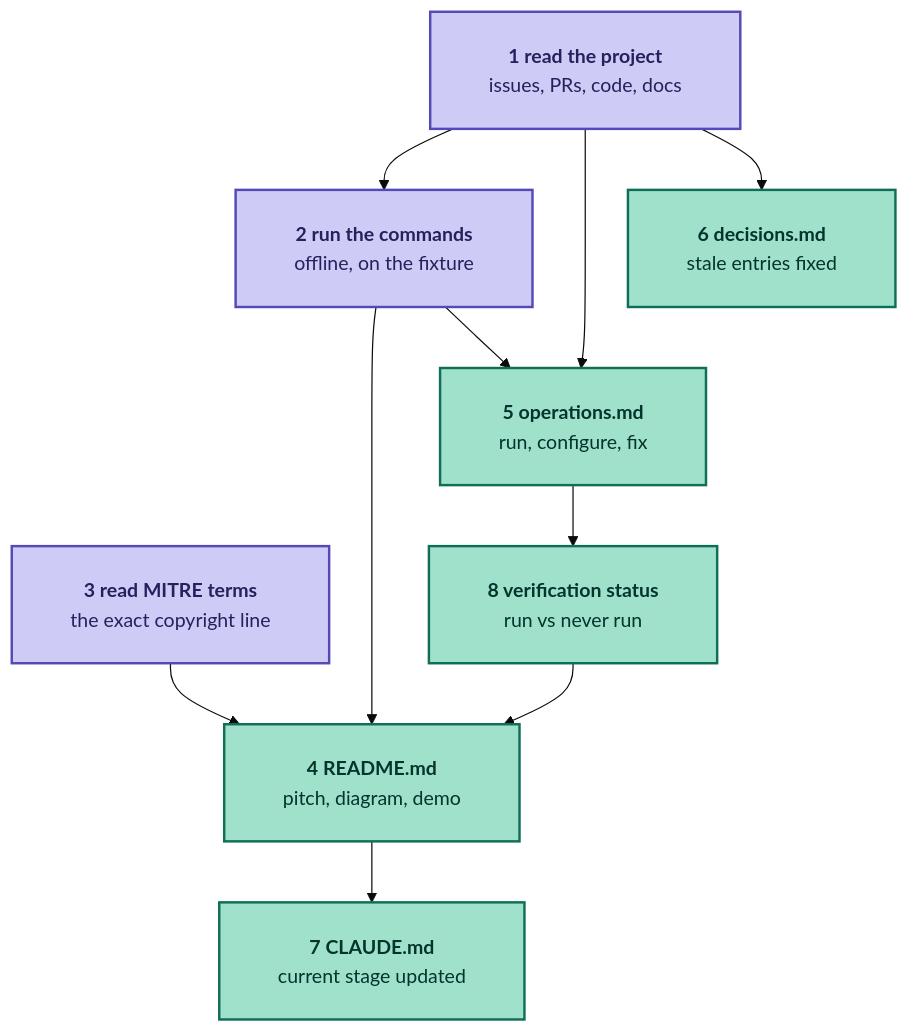
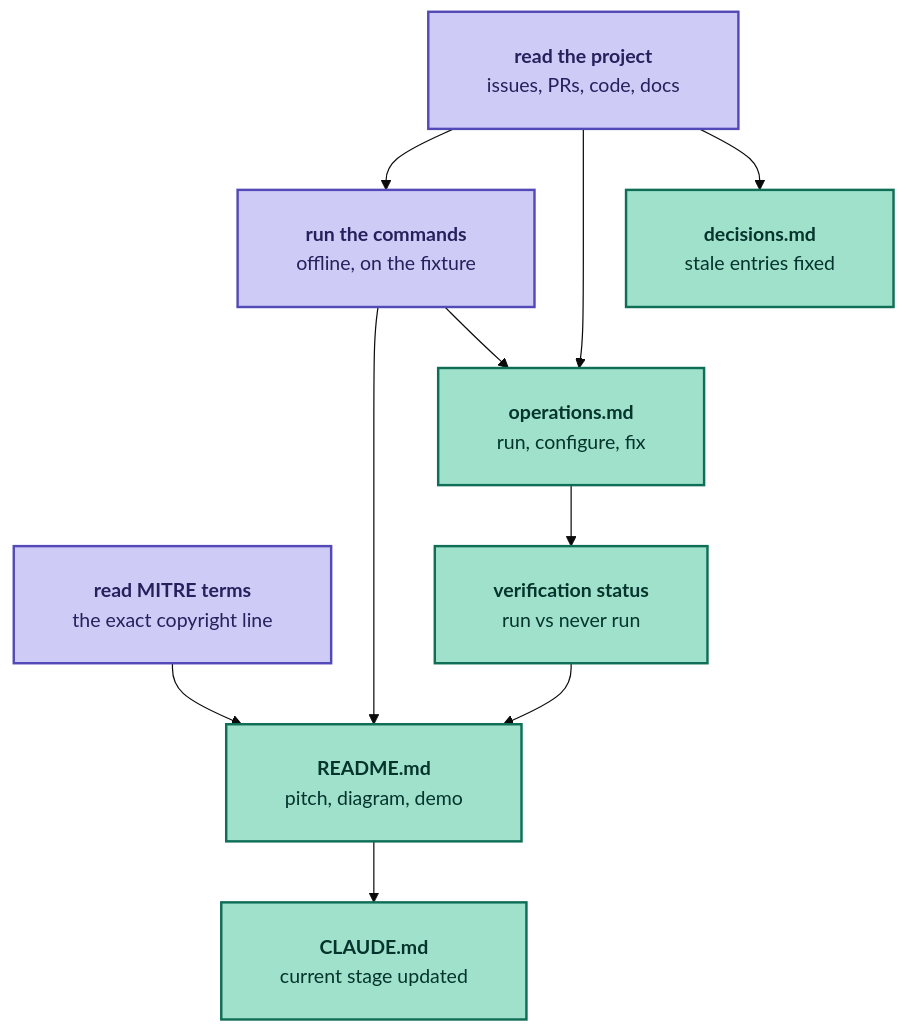
Before and after one commit to jbb-codes/attack-graph-rag: the diagram in docs/learning/issue-13-documentation.md, drawn with Mermaid (base theme). The commit also changed other lines of this file, not shown here.

Commit message:
docs(learning): remove numbers from the issue 13 graph
- label boxes by name only
- turn the numbered list into bullets named after the boxes

Closes #13

````diff
--- a/docs/learning/issue-13-documentation.md
+++ b/docs/learning/issue-13-documentation.md
@@ -16,30 +16,30 @@
 ```mermaid
 ---
 config:
   flowchart:
     padding: 24
     wrappingWidth: 300
 ---
 flowchart TD
-  READ["`**1 read the project**
-  issues, PRs, code, docs`"] --> RUN["`**2 run the commands**
+  READ["`**read the project**
+  issues, PRs, code, docs`"] --> RUN["`**run the commands**
   offline, on the fixture`"]
-  MITRE["`**3 read MITRE terms**
-  the exact copyright line`"] --> README["`**4 README.md**
+  MITRE["`**read MITRE terms**
+  the exact copyright line`"] --> README["`**README.md**
   pitch, diagram, demo`"]
   RUN --> README
-  READ --> OPS["`**5 operations.md**
+  READ --> OPS["`**operations.md**
   run, configure, fix`"]
   RUN --> OPS
-  READ --> DEC["`**6 decisions.md**
+  READ --> DEC["`**decisions.md**
   stale entries fixed`"]
-  README --> STAT["`**7 CLAUDE.md**
+  README --> STAT["`**CLAUDE.md**
   current stage updated`"]
-  OPS --> VER["`**8 verification status**
+  OPS --> VER["`**verification status**
   run vs never run`"]
   VER --> README
   classDef made fill:#9FE1CB,stroke:#0F6E56,stroke-width:2px,color:#04342C
   classDef source fill:#CECBF6,stroke:#534AB7,stroke-width:2px,color:#26215C
   class README,OPS,DEC,STAT,VER made
   class READ,RUN,MITRE source
 ```
````
